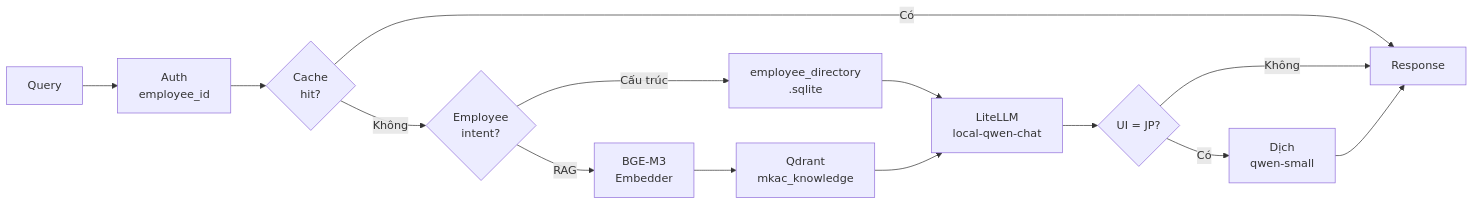
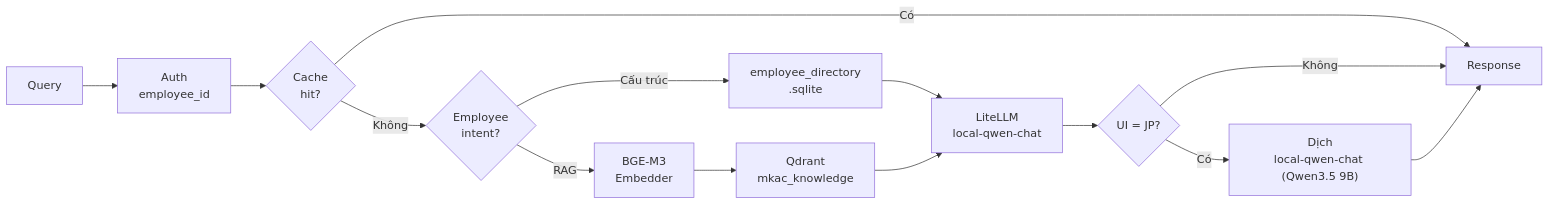
Before and after one commit to JKLover0909/VLLM-PD: the second of 9 diagrams in Markdowns/ARCHITECTURE.md, drawn with Mermaid. The commit also changed other lines of this file and 87 other files, not shown here.

````diff
--- a/Markdowns/ARCHITECTURE.md
+++ b/Markdowns/ARCHITECTURE.md
@@ -52,16 +55,16 @@
 ```mermaid
 flowchart LR
     Q["Query"] --> Auth["Auth\nemployee_id"]
     Auth --> Cache{"Cache\nhit?"}
     Cache -->|Có| R["Response"]
     Cache -->|Không| EI{"Employee\nintent?"}
     EI -->|Cấu trúc| DB["employee_directory\n.sqlite"]
     EI -->|RAG| EMB["BGE-M3\nEmbedder"]
     EMB --> QD["Qdrant\nmkac_knowledge"]
     DB --> LLM["LiteLLM\nlocal-qwen-chat"]
     QD --> LLM
     LLM --> I18N{"UI = JP?"}
-    I18N -->|Có| TR["Dịch\nqwen-small"]
+    I18N -->|Có| TR["Dịch\nlocal-qwen-chat (Qwen3.5 9B)"]
     I18N -->|Không| R
     TR --> R
 ```
````
